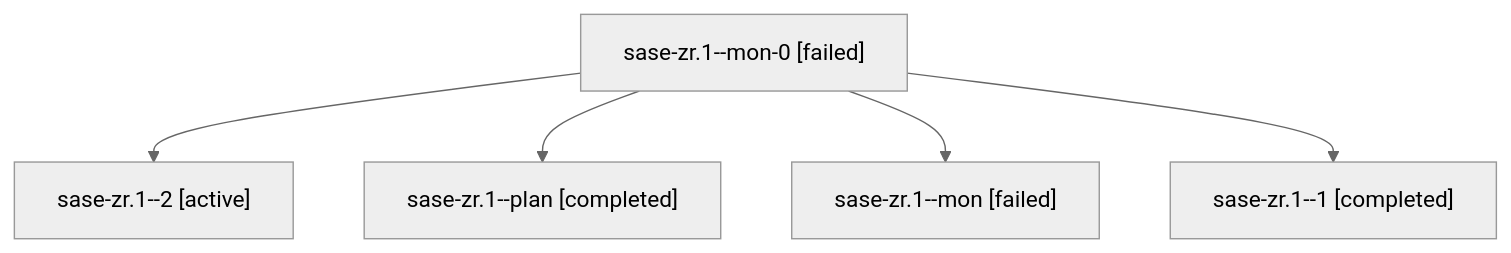
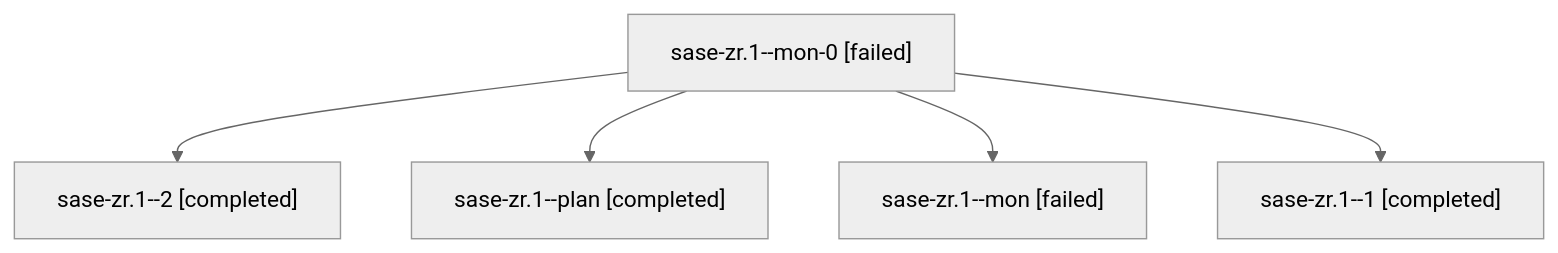
One commit to sase-org/sase--agents changed the diagram in families/bbugyi200.apollo.sase-zr.1.md. Above: the diagram before and after it, drawn with Mermaid (neutral theme). The commit also changed other lines of this file and 38 other files, not shown here.

````diff
--- a/families/bbugyi200.apollo.sase-zr.1.md
+++ b/families/bbugyi200.apollo.sase-zr.1.md
@@ -9,12 +9,12 @@
 ```mermaid
 flowchart TD
   n0["sase-zr.1--mon-0 [failed]"]
-  n1["sase-zr.1--2 [active]"]
+  n1["sase-zr.1--2 [completed]"]
   n0 --> n1
   n2["sase-zr.1--plan [completed]"]
   n0 --> n2
   n3["sase-zr.1--mon [failed]"]
   n0 --> n3
   n4["sase-zr.1--1 [completed]"]
   n0 --> n4
 ```
````
